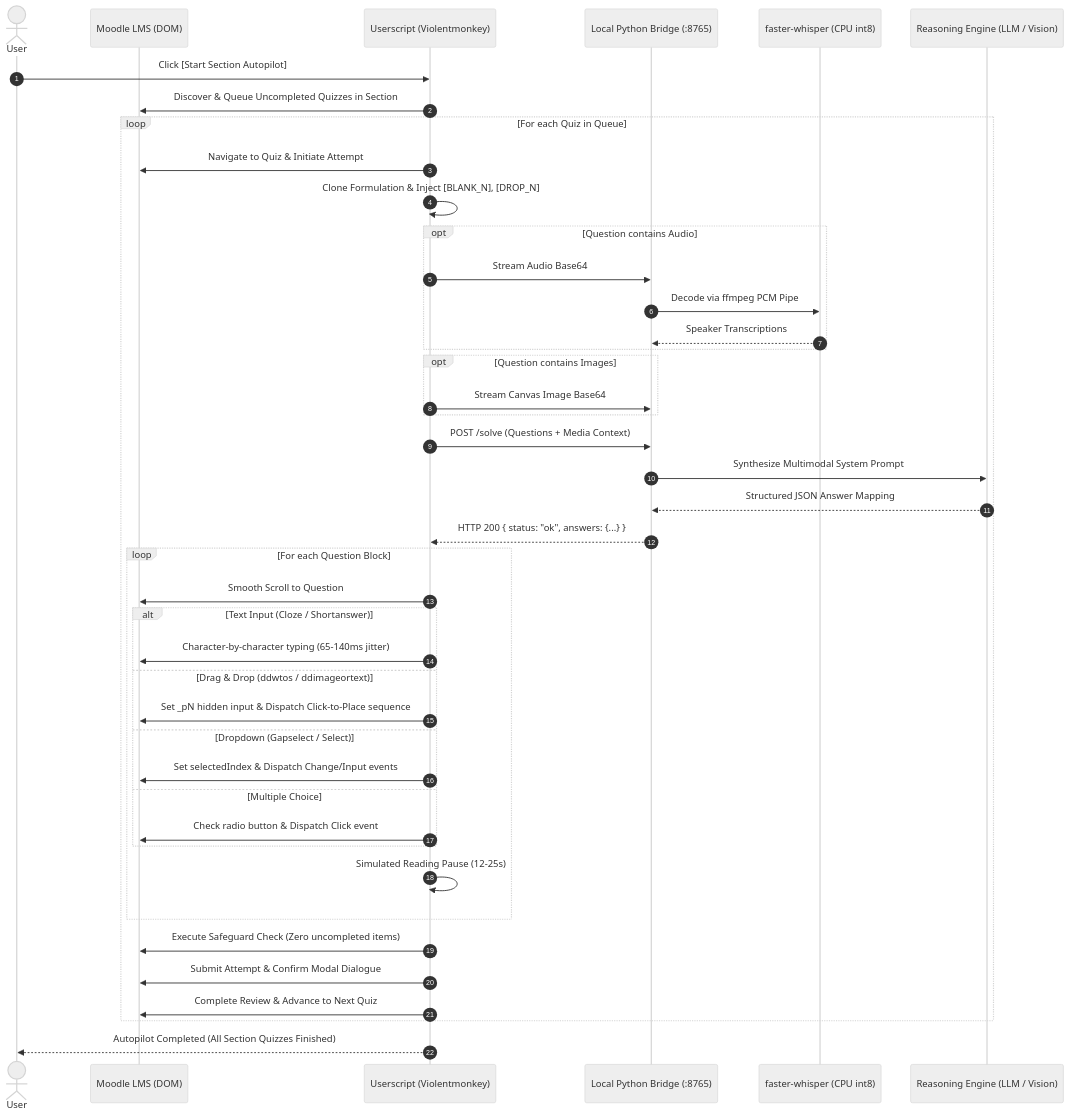
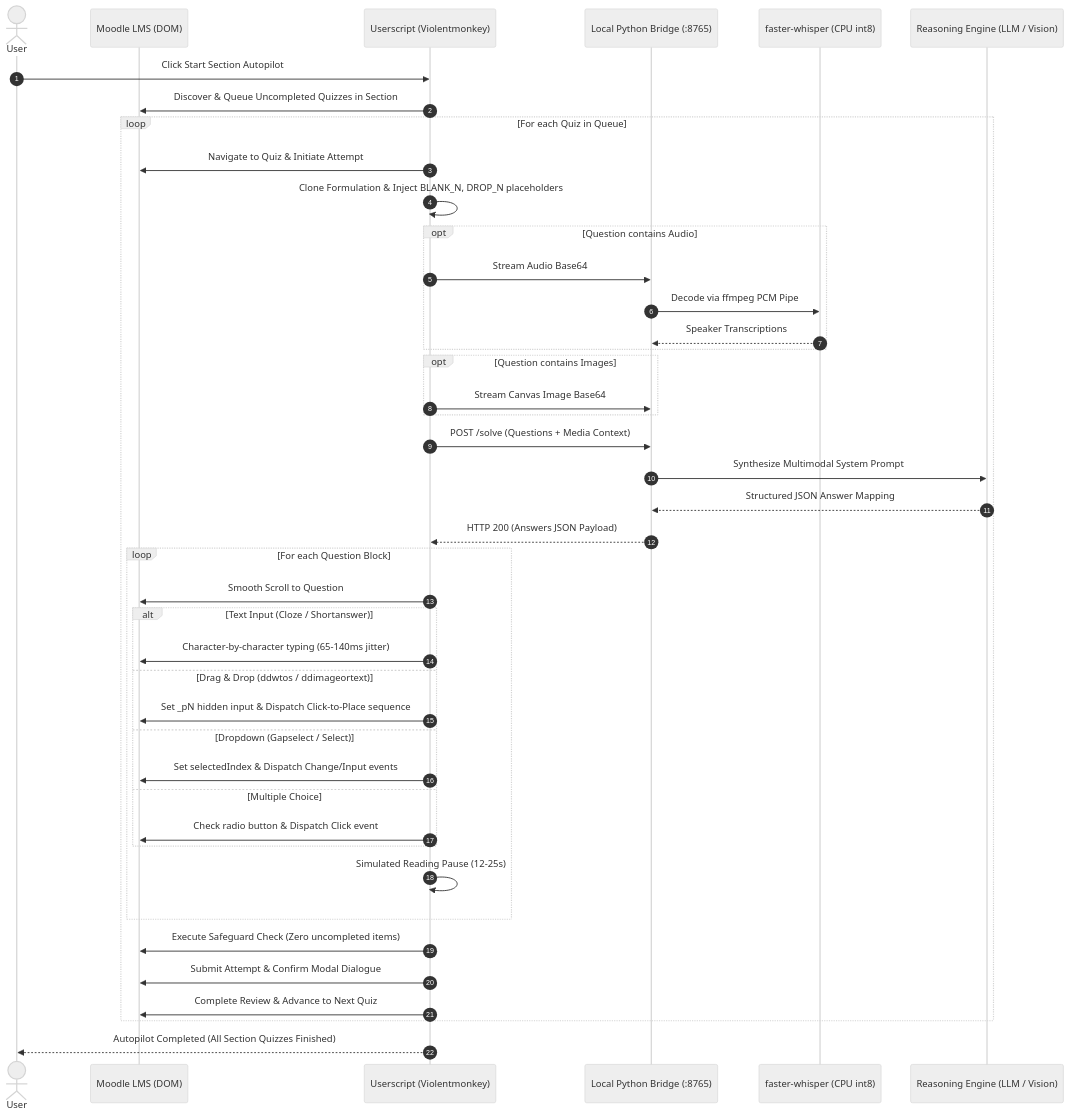
One commit to ijstt/moodle-ai-pilot changed the diagram in README.md. Above: the diagram before and after it, drawn with Mermaid (neutral theme). The commit also changed 1 other file, not shown here.

Commit message:
fix(mermaid): quote labels and remove reserved syntax tokens in diagrams

````diff
--- a/README.md
+++ b/README.md
@@ -38,46 +38,46 @@
 ```mermaid
 sequenceDiagram
     autonumber
     actor User
     participant Moodle as Moodle LMS (DOM)
     participant Script as Userscript (Violentmonkey)
     participant Bridge as Local Python Bridge (:8765)
     participant STT as faster-whisper (CPU int8)
     participant LLM as Reasoning Engine (LLM / Vision)
 
-    User->>Script: Click [Start Section Autopilot]
+    User->>Script: Click Start Section Autopilot
     Script->>Moodle: Discover & Queue Uncompleted Quizzes in Section
     loop For each Quiz in Queue
         Script->>Moodle: Navigate to Quiz & Initiate Attempt
-        Script->>Script: Clone Formulation & Inject [BLANK_N], [DROP_N]
+        Script->>Script: Clone Formulation & Inject BLANK_N, DROP_N placeholders
         opt Question contains Audio
             Script->>Bridge: Stream Audio Base64
             Bridge->>STT: Decode via ffmpeg PCM Pipe
             STT-->>Bridge: Speaker Transcriptions
         end
         opt Question contains Images
             Script->>Bridge: Stream Canvas Image Base64
         end
         Script->>Bridge: POST /solve (Questions + Media Context)
         Bridge->>LLM: Synthesize Multimodal System Prompt
         LLM-->>Bridge: Structured JSON Answer Mapping
-        Bridge-->>Script: HTTP 200 { status: "ok", answers: {...} }
+        Bridge-->>Script: HTTP 200 (Answers JSON Payload)
         loop For each Question Block
             Script->>Moodle: Smooth Scroll to Question
             alt Text Input (Cloze / Shortanswer)
                 Script->>Moodle: Character-by-character typing (65-140ms jitter)
             else Drag & Drop (ddwtos / ddimageortext)
                 Script->>Moodle: Set _pN hidden input & Dispatch Click-to-Place sequence
             else Dropdown (Gapselect / Select)
                 Script->>Moodle: Set selectedIndex & Dispatch Change/Input events
             else Multiple Choice
                 Script->>Moodle: Check radio button & Dispatch Click event
             end
             Script->>Script: Simulated Reading Pause (12-25s)
         end
         Script->>Moodle: Execute Safeguard Check (Zero uncompleted items)
         Script->>Moodle: Submit Attempt & Confirm Modal Dialogue
         Script->>Moodle: Complete Review & Advance to Next Quiz
     end
     Script-->>User: Autopilot Completed (All Section Quizzes Finished)
 ```
````
